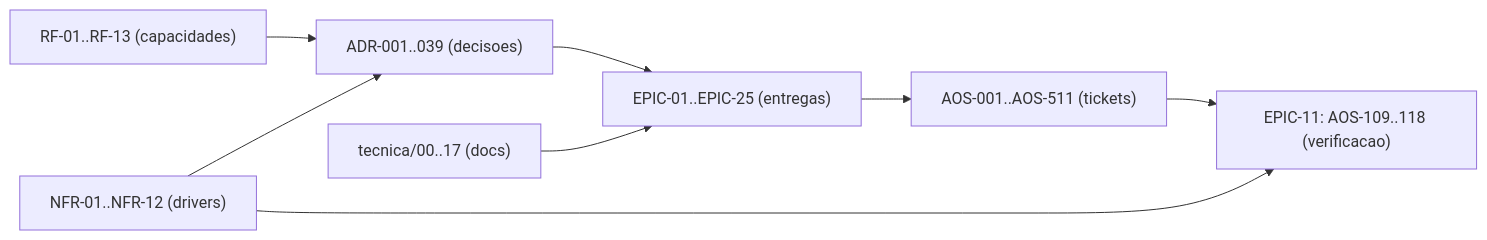
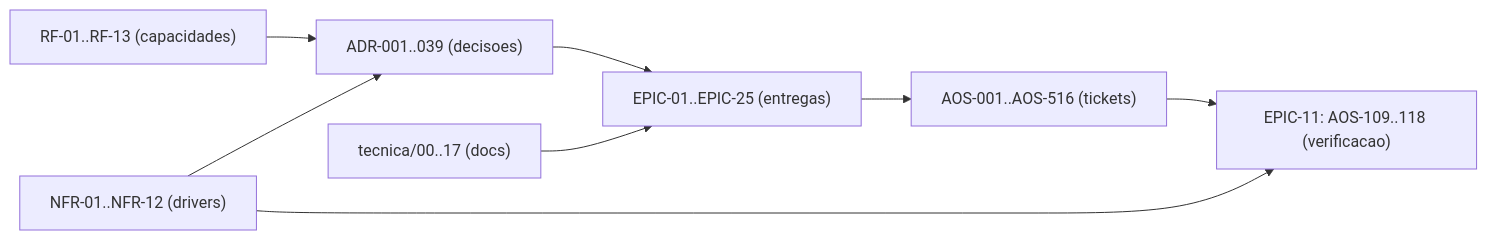
One commit to albinoJimy/aos changed the diagram in tecnica/16_Rastreabilidade_RTM.md. Above: the diagram before and after it, drawn with Mermaid. The commit also changed other lines of this file and 4 other files, not shown here.

First line of the commit message:
docs(AOS-512): tickets da fase A2 — banco de ensaio, perfil de rota, estado opaco e segunda família (#459)

````diff
--- a/tecnica/16_Rastreabilidade_RTM.md
+++ b/tecnica/16_Rastreabilidade_RTM.md
@@ -205,10 +205,10 @@
 ```mermaid
 flowchart LR
     RF["RF-01..RF-13 (capacidades)"] --> ADR["ADR-001..039 (decisoes)"]
     NFR["NFR-01..NFR-12 (drivers)"] --> ADR
     ADR --> EPIC["EPIC-01..EPIC-25 (entregas)"]
-    EPIC --> TICK["AOS-001..AOS-511 (tickets)"]
+    EPIC --> TICK["AOS-001..AOS-516 (tickets)"]
     DOC["tecnica/00..17 (docs)"] --> EPIC
     TICK --> TEST["EPIC-11: AOS-109..118 (verificacao)"]
     NFR --> TEST
 ```
````
